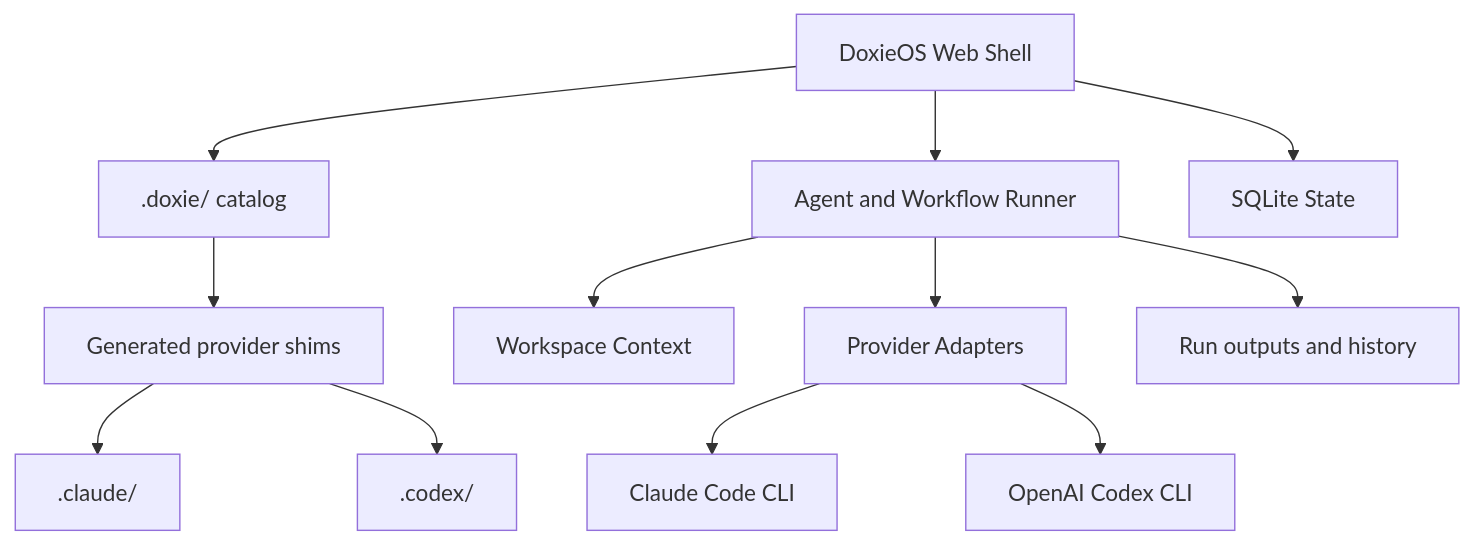
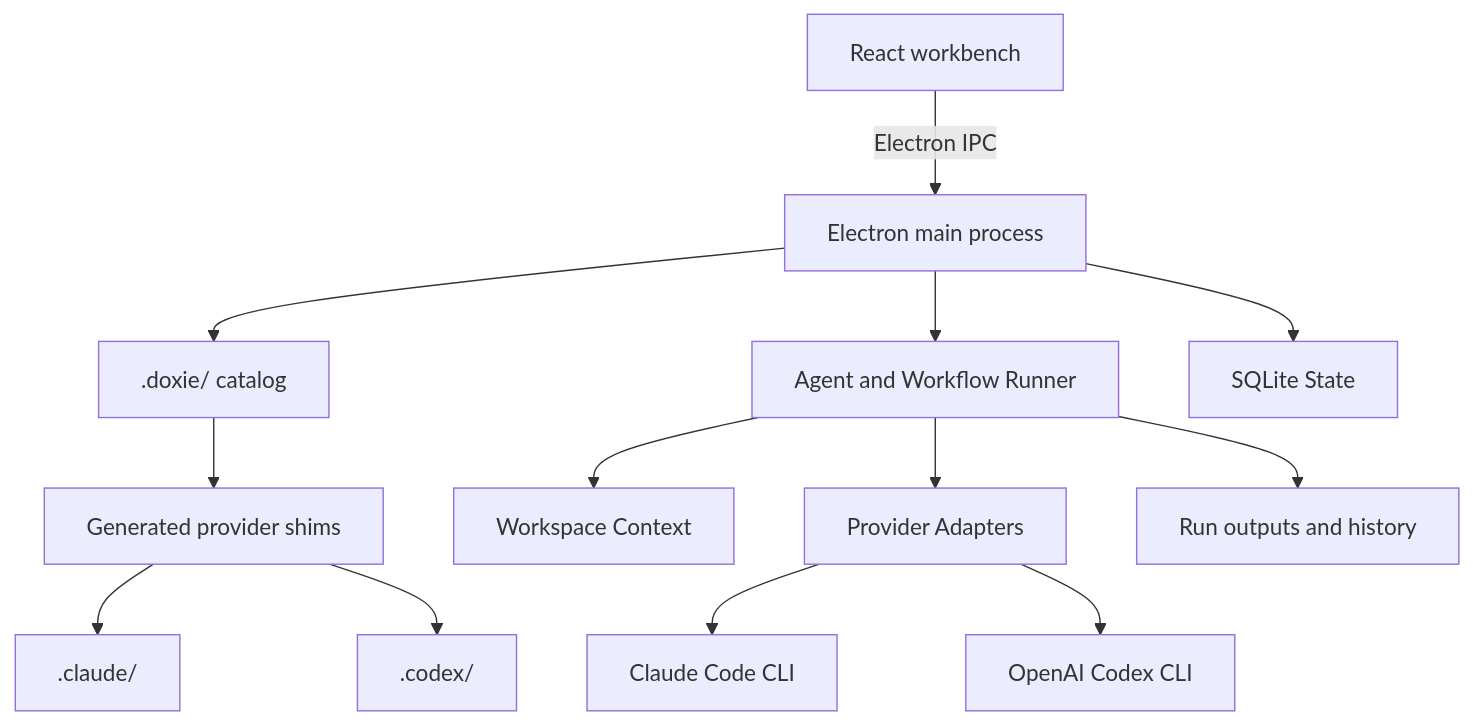
One commit to viamus/DoxieOS changed the diagram in README.md. Above: the diagram before and after it, drawn with Mermaid. The commit also changed other lines of this file and 349 other files, not shown here.

Commit message:
Migrate DoxieOS to Electron and React

````diff
--- a/README.md
+++ b/README.md
@@ -44,14 +44,15 @@
 ```mermaid
 flowchart TD
-    UI["DoxieOS Web Shell"] --> Catalog[".doxie/ catalog"]
-    UI --> Runner["Agent and Workflow Runner"]
-    UI --> State["SQLite State"]
+    UI["React workbench"] -->|Electron IPC| Main["Electron main process"]
+    Main --> Catalog[".doxie/ catalog"]
+    Main --> Runner["Agent and Workflow Runner"]
+    Main --> State["SQLite State"]
     Runner --> Workspace["Workspace Context"]
     Runner --> Providers["Provider Adapters"]
     Providers --> Claude["Claude Code CLI"]
     Providers --> Codex["OpenAI Codex CLI"]
     Catalog --> Generated["Generated provider shims"]
     Generated --> ClaudeFiles[".claude/"]
     Generated --> CodexFiles[".codex/"]
     Runner --> Runs["Run outputs and history"]
 ```
````
